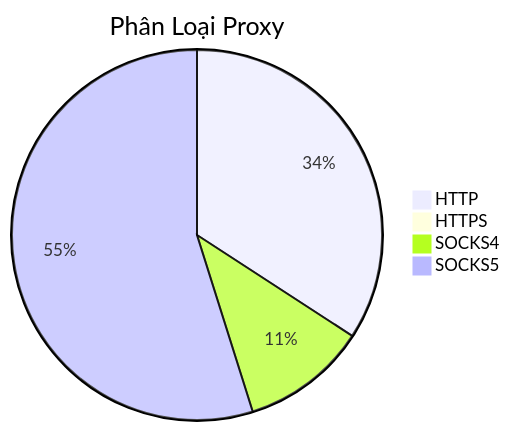
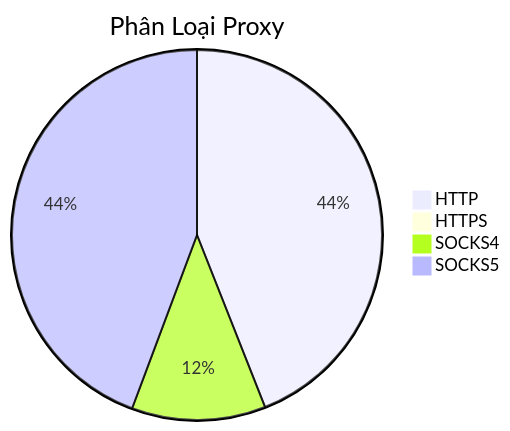
One commit to Ciara-Aa/PROXY-free changed the diagram in README.md. Above: the diagram before and after it, drawn with Mermaid. The commit also changed other lines of this file and 4 other files, not shown here.

````diff
--- a/README.md
+++ b/README.md
@@ -26,7 +26,7 @@
 ```mermaid
 pie title Phân Loại Proxy
-    "HTTP" : 664
-    "HTTPS" : 3
-    "SOCKS4" : 213
-    "SOCKS5" : 1066
+    "HTTP" : 749
+    "HTTPS" : 2
+    "SOCKS4" : 199
+    "SOCKS5" : 754
 ```
````
